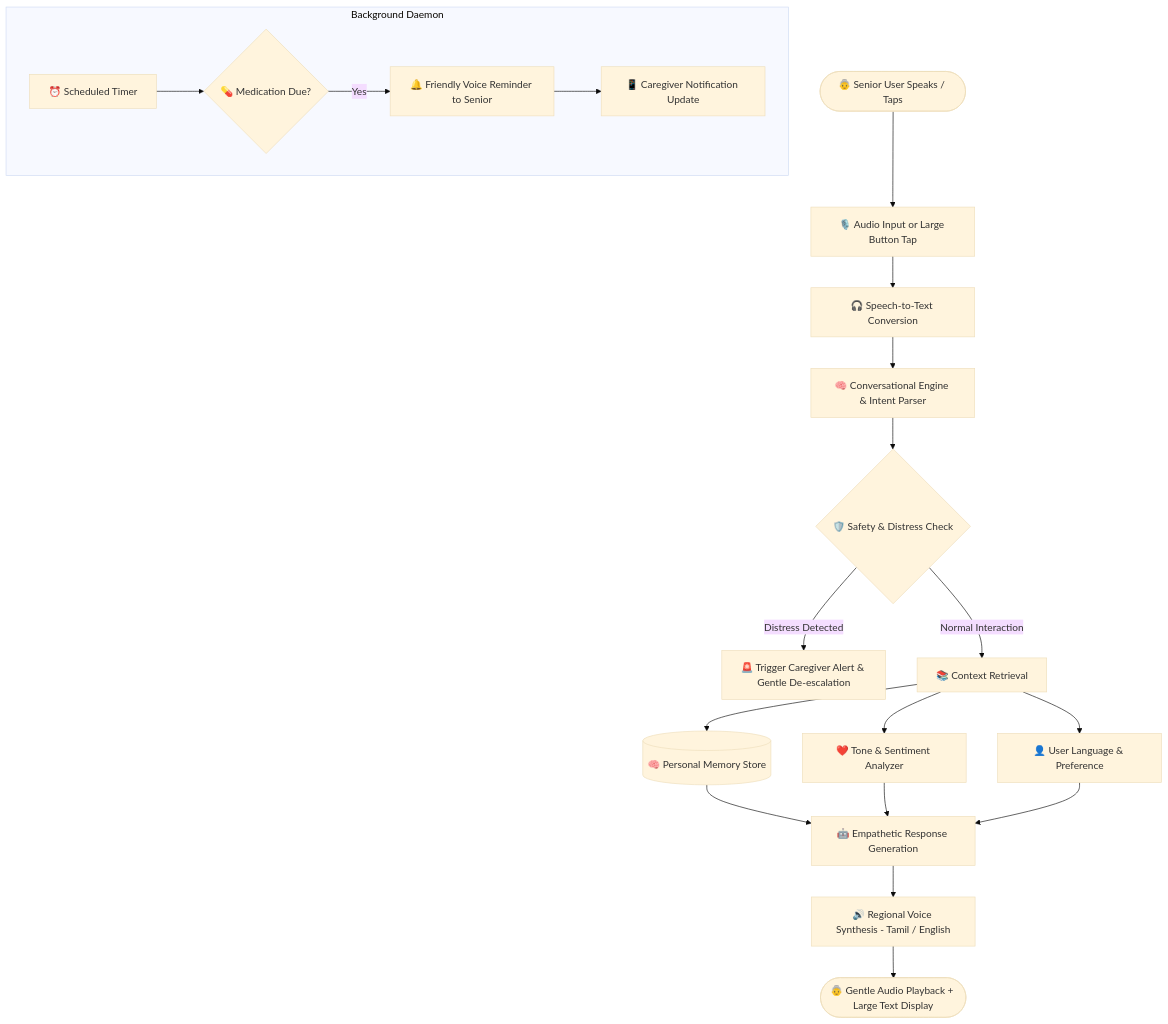
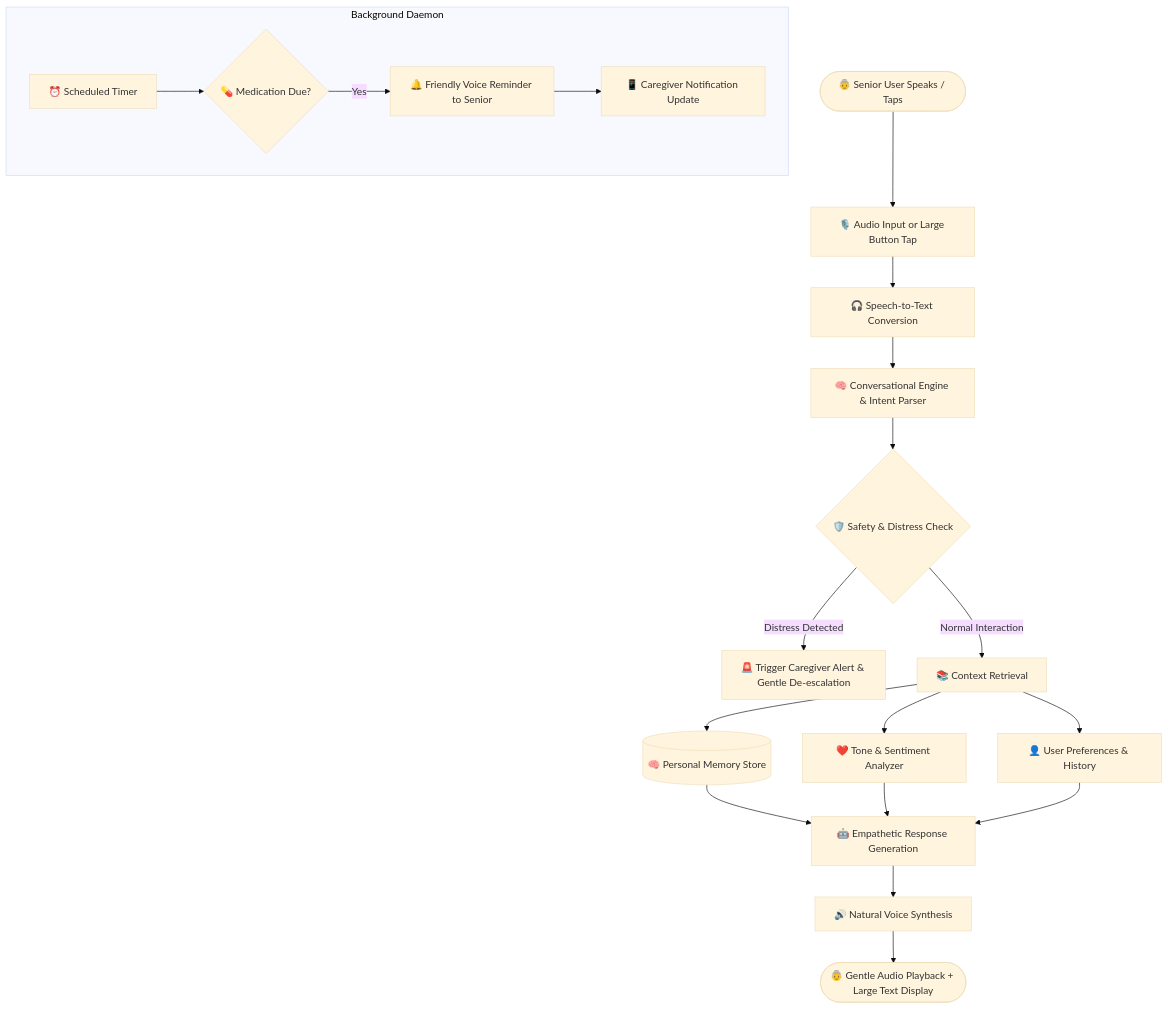
The second of 2 diagrams in README.md (yukesh4349/Granny), drawn with Mermaid (base theme) before and after one commit. The commit also changed other lines of this file, not shown here.

Commit message:
docs: update README to use only English language

````diff
--- a/README.md
+++ b/README.md
@@ -219,24 +219,24 @@
 ```mermaid
 flowchart TD
     Start([👵 Senior User Speaks / Taps]) --> Input[🎙️ Audio Input or Large Button Tap]
     Input --> STT[🎧 Speech-to-Text Conversion]
     STT --> NLU[🧠 Conversational Engine & Intent Parser]
 
     NLU --> Safety{🛡️ Safety & Distress Check}
     Safety -- Distress Detected --> Alert[🚨 Trigger Caregiver Alert & Gentle De-escalation]
     Safety -- Normal Interaction --> Context[📚 Context Retrieval]
 
     Context --> Memory[(🧠 Personal Memory Store)]
     Context --> Emotion[❤️ Tone & Sentiment Analyzer]
-    Context --> Profile[👤 User Language & Preference]
+    Context --> Profile[👤 User Preferences & History]
 
     Memory & Emotion & Profile --> Synthesis[🤖 Empathetic Response Generation]
-    Synthesis --> TTS[🔊 Regional Voice Synthesis - Tamil / English]
+    Synthesis --> TTS[🔊 Natural Voice Synthesis]
     TTS --> Output([👵 Gentle Audio Playback + Large Text Display])
 
     subgraph RoutineCheck["Background Daemon"]
         Clock[⏰ Scheduled Timer] --> Meds{💊 Medication Due?}
         Meds -- Yes --> Reminder[🔔 Friendly Voice Reminder to Senior]
         Reminder --> FamilySync[📱 Caregiver Notification Update]
     end
 ```
````
